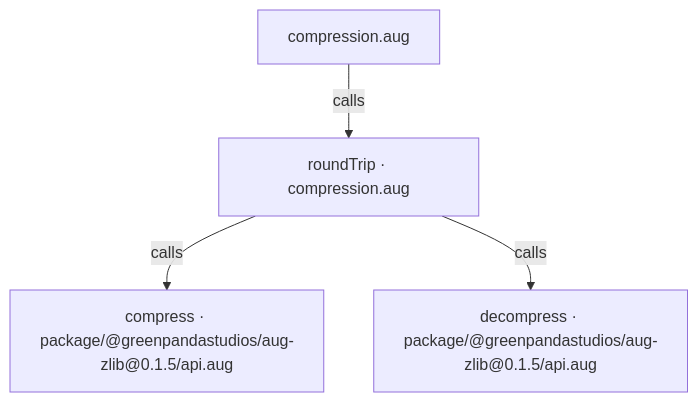
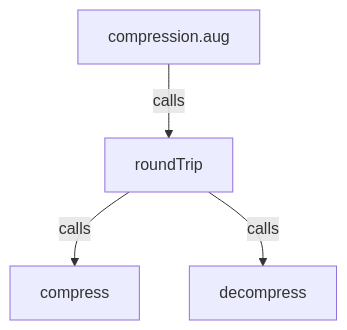
The first of 2 diagrams in docs/examples/native-zlib/compression-diagrams.md (GreenPandaStudios/augscript), drawn with Mermaid before and after one commit. The commit also changed other lines of this file and 524 other files, not shown here.

Commit message:
Explain checked data flow at folder and service levels

````diff
--- a/docs/examples/native-zlib/compression-diagrams.md
+++ b/docs/examples/native-zlib/compression-diagrams.md
@@ -23,10 +20,10 @@
 ```mermaid
 flowchart TD
-    n0["roundTrip · compression.aug"]
+    n0["roundTrip"]
     n1["compression.aug"]
-    n2["compress · package/@greenpandastudios/aug-zlib@0.1.5/api.aug"]
-    n3["decompress · package/@greenpandastudios/aug-zlib@0.1.5/api.aug"]
+    n2["compress"]
+    n3["decompress"]
     n0 -->|"calls"| n2
     n0 -->|"calls"| n3
     n1 -->|"calls"| n0
 ```
````
